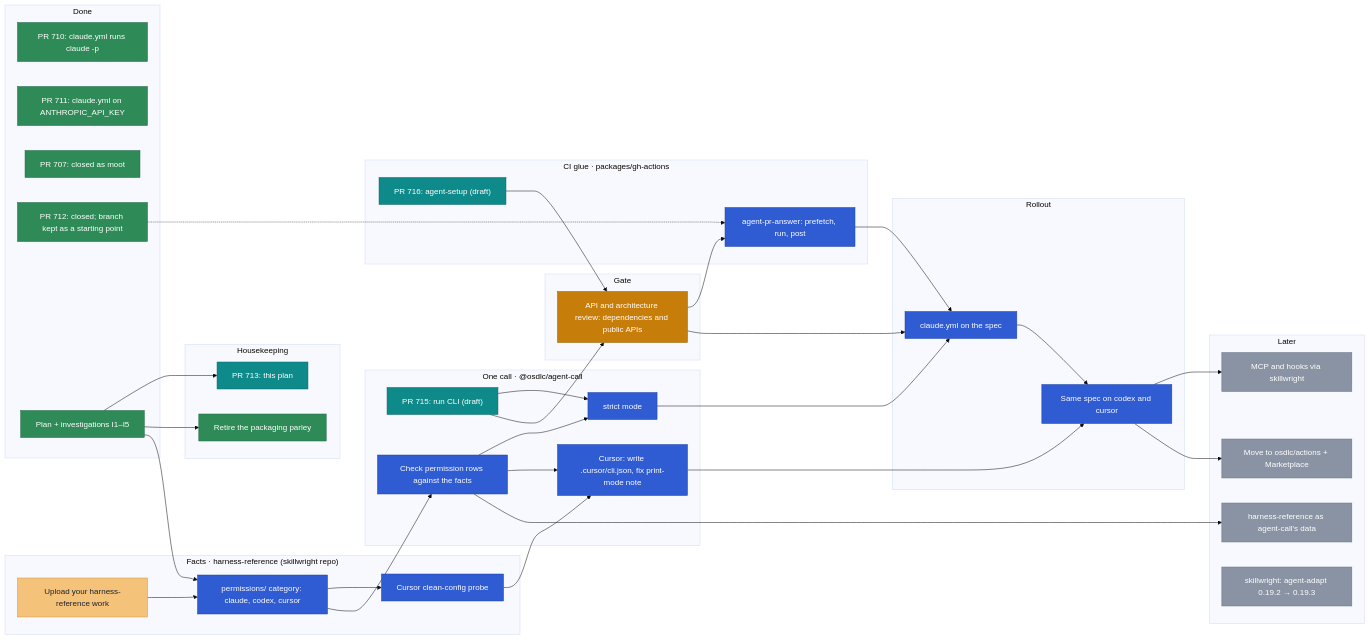
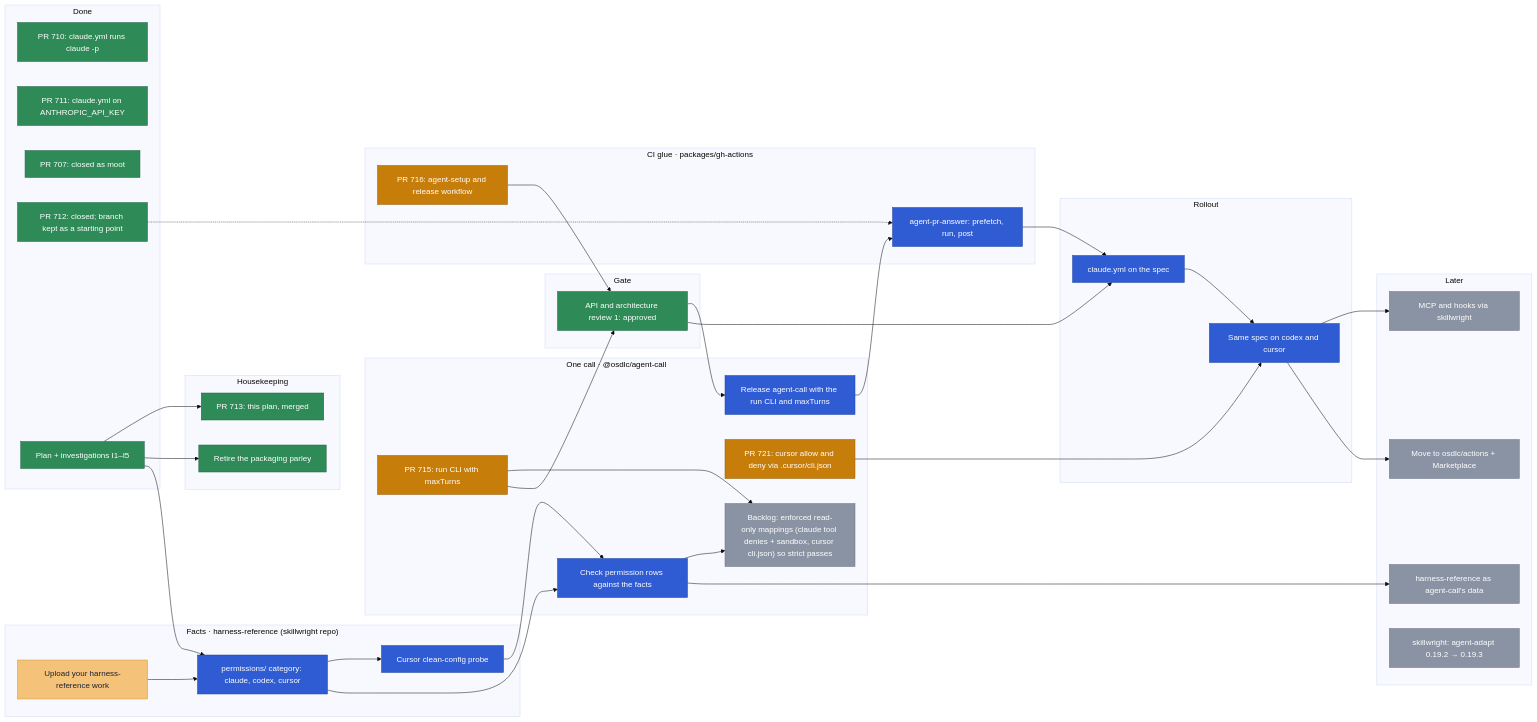
The diagram in docs/planning/agent-ci.md (osdlc/osdlc), drawn with Mermaid (base theme) before and after one commit. The commit also changed other lines of this file and 3 other files, not shown here.

Commit message:
docs(planning): agents-in-CI status and API review 1 (#717)

````diff
--- a/docs/planning/agent-ci.md
+++ b/docs/planning/agent-ci.md
@@ -39,82 +39,81 @@
 ```mermaid
 flowchart LR
   subgraph done["Done"]
     W710["PR 710: claude.yml runs claude -p"]
     P711["PR 711: claude.yml on ANTHROPIC_API_KEY"]
     P707["PR 707: closed as moot"]
     P712["PR 712: closed; branch kept as a starting point"]
     PLAN["Plan + investigations I1–I5"]
   end
   subgraph house["Housekeeping"]
-    PLANPR["PR 713: this plan"]
+    PLANPR["PR 713: this plan, merged"]
     PARLEY["Retire the packaging parley"]
   end
   subgraph facts["Facts · harness-reference (skillwright repo)"]
     UP["Upload your harness-reference work"]
     PERM["permissions/ category: claude, codex, cursor"]
     PROBE["Cursor clean-config probe"]
   end
   subgraph call["One call · @osdlc/agent-call"]
-    RUN["PR 715: run CLI (draft)"]
+    RUN["PR 715: run CLI with maxTurns"]
     CHECK["Check permission rows against the facts"]
-    STRICT["strict mode"]
-    CUR["Cursor: write .cursor/cli.json, fix print-mode note"]
+    STRICT["Backlog: enforced read-only mappings (claude tool denies + sandbox, cursor cli.json) so strict passes"]
+    CUR["PR 721: cursor allow and deny via .cursor/cli.json"]
+    REL["Release agent-call with the run CLI and maxTurns"]
   end
   subgraph gate["Gate"]
-    ARCH["API and architecture review: dependencies and public APIs"]
+    ARCH["API and architecture review 1: approved"]
   end
   subgraph acts["CI glue · packages/gh-actions"]
-    SETUP["PR 716: agent-setup (draft)"]
+    SETUP["PR 716: agent-setup and release workflow"]
     ANS["agent-pr-answer: prefetch, run, post"]
   end
   subgraph roll["Rollout"]
     SPEC["claude.yml on the spec"]
     MULTI["Same spec on codex and cursor"]
   end
   subgraph later["Later"]
     MCP["MCP and hooks via skillwright"]
     PUB["Move to osdlc/actions + Marketplace"]
     DATA["harness-reference as agent-call's data"]
     PIN["skillwright: agent-adapt 0.19.2 → 0.19.3"]
   end
 
   PLAN --> PLANPR
   PLAN --> PARLEY
   UP --> PERM
   PLAN --> PERM
   PERM --> PROBE
   PERM --> CHECK
   CHECK --> STRICT
   RUN --> STRICT
-  PROBE --> CUR
-  CHECK --> CUR
+  PROBE --> CHECK
   P712 -.-> ANS
   RUN --> ARCH
   SETUP --> ARCH
-  ARCH --> ANS
+  ARCH --> REL
+  REL --> ANS
   ARCH --> SPEC
   ANS --> SPEC
-  STRICT --> SPEC
   SPEC --> MULTI
   CUR --> MULTI
   MULTI --> MCP
   MULTI --> PUB
   CHECK --> DATA
 
   classDef done fill:#2e8b57,stroke:#1f6640,color:#ffffff
   classDef review fill:#0f8a8a,stroke:#0a6666,color:#ffffff
   classDef ready fill:#7a4fc2,stroke:#5a3596,color:#ffffff
   classDef blocked fill:#c0392b,stroke:#8e2a20,color:#ffffff
   classDef external fill:#e88fb4,stroke:#b8628a,color:#1b2230
   classDef active fill:#c77d0a,stroke:#94600a,color:#ffffff
   classDef yours fill:#f5c27a,stroke:#c99545,color:#1b2230
   classDef next fill:#2f5bd3,stroke:#2144a3,color:#ffffff
   classDef later fill:#8a93a3,stroke:#6b7384,color:#ffffff
-  class W710,P711,P707,P712,PLAN,PARLEY done
+  class W710,P711,P707,P712,PLAN,PARLEY,PLANPR,ARCH done
   class UP yours
-  class PLANPR review
-  class ARCH active
-  class RUN,SETUP review
-  class PERM,PROBE,CHECK,STRICT,CUR,ANS,SPEC,MULTI next
-  class MCP,PUB,DATA,PIN later
+  class RUN,SETUP active
+  class PERM,PROBE,CHECK,REL,ANS,SPEC,MULTI next
+  class CUR active
+  class MCP,PUB,DATA,PIN,STRICT later
 ```
````
